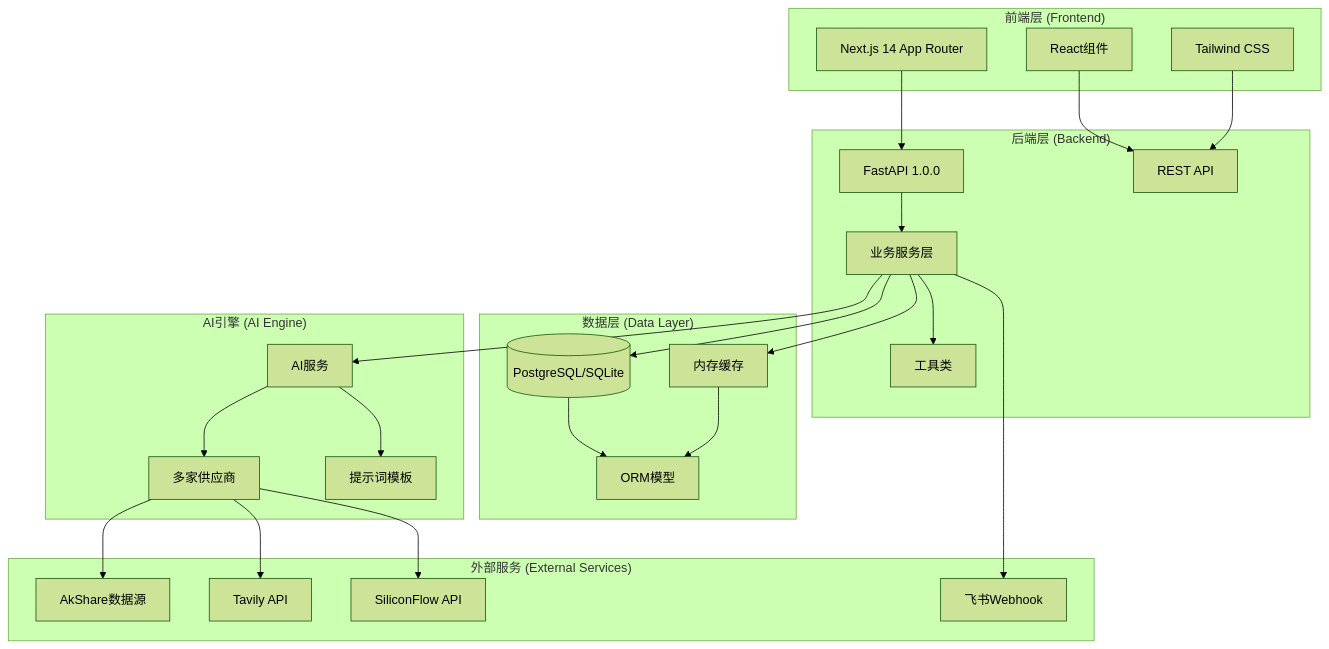
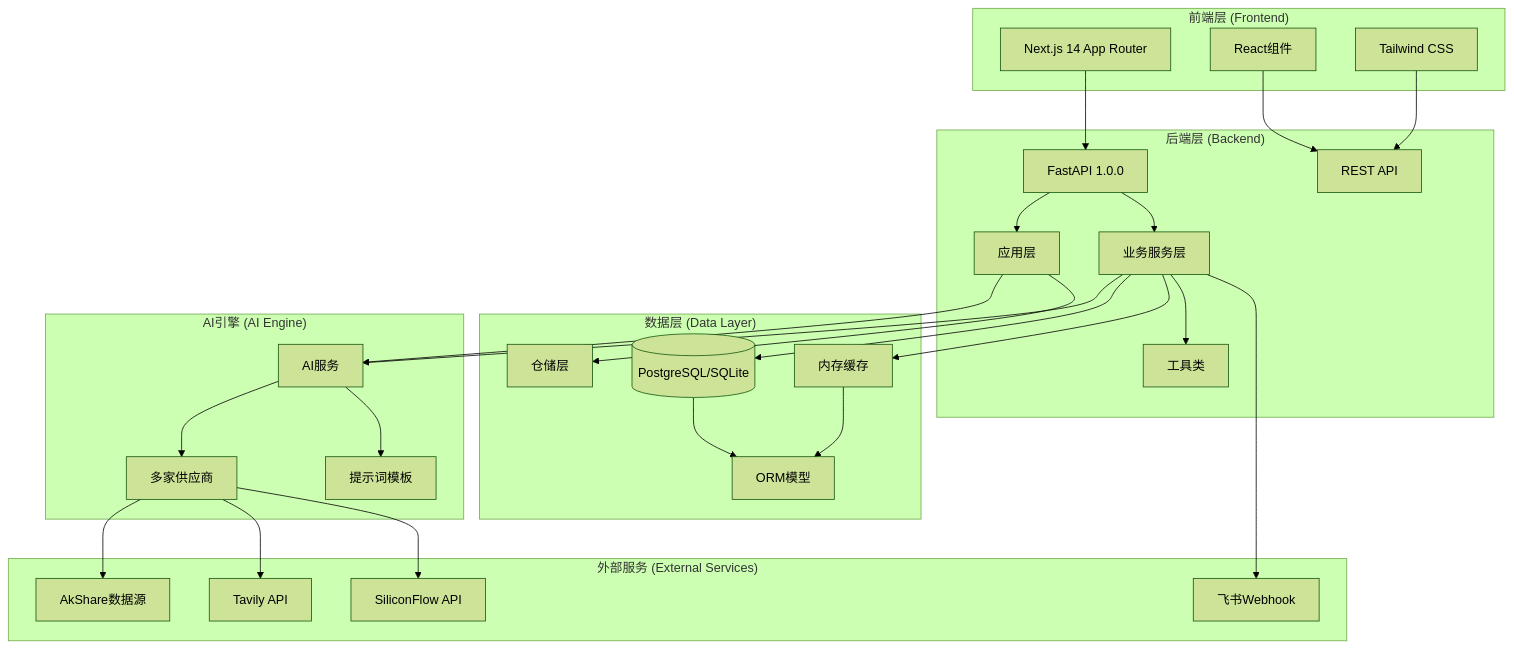
The first of 12 diagrams in .qoder/repowiki/zh/content/Enhanced Ai Analysis Service.md (breeze-lyf/ai-stock-advisor), drawn with Mermaid (forest theme) before and after one commit. The commit also changed other lines of this file and 43 other files, not shown here.

````diff
--- a/.qoder/repowiki/zh/content/Enhanced Ai Analysis Service.md
+++ b/.qoder/repowiki/zh/content/Enhanced Ai Analysis Service.md
@@ -66,46 +84,51 @@
 ```mermaid
 graph TB
 subgraph "前端层 (Frontend)"
 NextJS[Next.js 14 App Router]
 Components[React组件]
 UI[Tailwind CSS]
 end
 subgraph "后端层 (Backend)"
 FastAPI[FastAPI 1.0.0]
 API[REST API]
 Services[业务服务层]
+Application[应用层]
 Utils[工具类]
 end
 subgraph "数据层 (Data Layer)"
 Database[(PostgreSQL/SQLite)]
 Cache[内存缓存]
 Models[ORM模型]
+Repositories[仓储层]
 end
 subgraph "AI引擎 (AI Engine)"
 AIService[AI服务]
 Providers[多家供应商]
 Prompts[提示词模板]
 end
 subgraph "外部服务 (External Services)"
 AkShare[AkShare数据源]
 Tavily[Tavily API]
 Feishu[飞书Webhook]
 SiliconFlow[SiliconFlow API]
 end
 NextJS --> FastAPI
 Components --> API
 UI --> API
+FastAPI --> Application
 FastAPI --> Services
+Application --> AIService
+Application --> Repositories
 Services --> AIService
 Services --> Database
 Services --> Cache
 AIService --> Providers
 Providers --> AkShare
 Providers --> Tavily
 Providers --> SiliconFlow
 Database --> Models
 Cache --> Models
 AIService --> Prompts
 Services --> Utils
 Services --> Feishu
 ```
````
